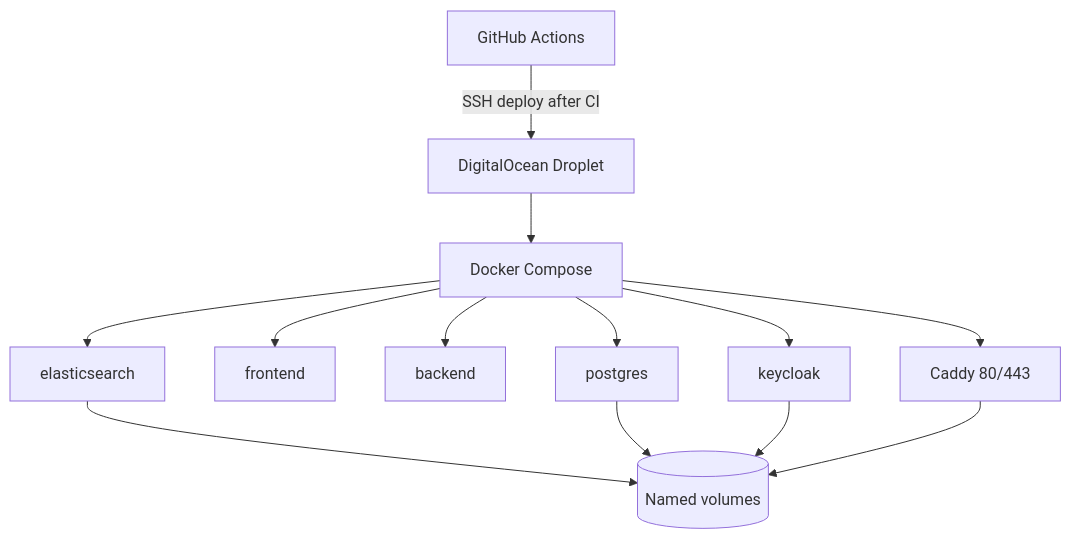
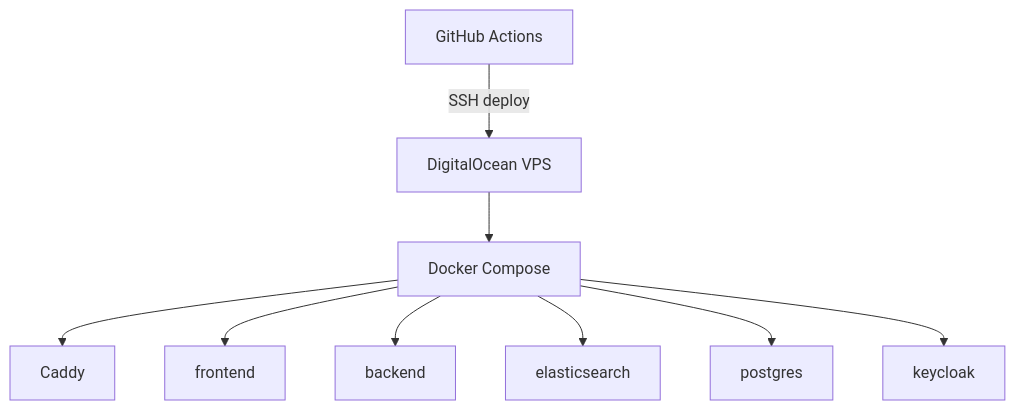
Before and after one commit to PhamVanMinhBinhThuan/soc-ai-search: the fourth of 4 diagrams in docs/architecture.md, drawn with Mermaid. The commit also changed other lines of this file and 8 other files, not shown here.

````diff
--- a/docs/architecture.md
+++ b/docs/architecture.md
@@ -232,26 +195,21 @@
 ```mermaid
 flowchart TB
     GitHub["GitHub Actions"]
-    VPS["DigitalOcean Droplet"]
+    VPS["DigitalOcean VPS"]
     Compose["Docker Compose"]
-    Caddy["Caddy 80/443"]
+    Caddy["Caddy"]
     FE["frontend"]
     BE["backend"]
     ES["elasticsearch"]
     PG["postgres"]
     KC["keycloak"]
-    Volumes[("Named volumes")]
 
-    GitHub -->|SSH deploy after CI| VPS
+    GitHub -->|SSH deploy| VPS
     VPS --> Compose
     Compose --> Caddy
     Compose --> FE
     Compose --> BE
     Compose --> ES
     Compose --> PG
     Compose --> KC
-    ES --> Volumes
-    PG --> Volumes
-    KC --> Volumes
-    Caddy --> Volumes
 ```
````
